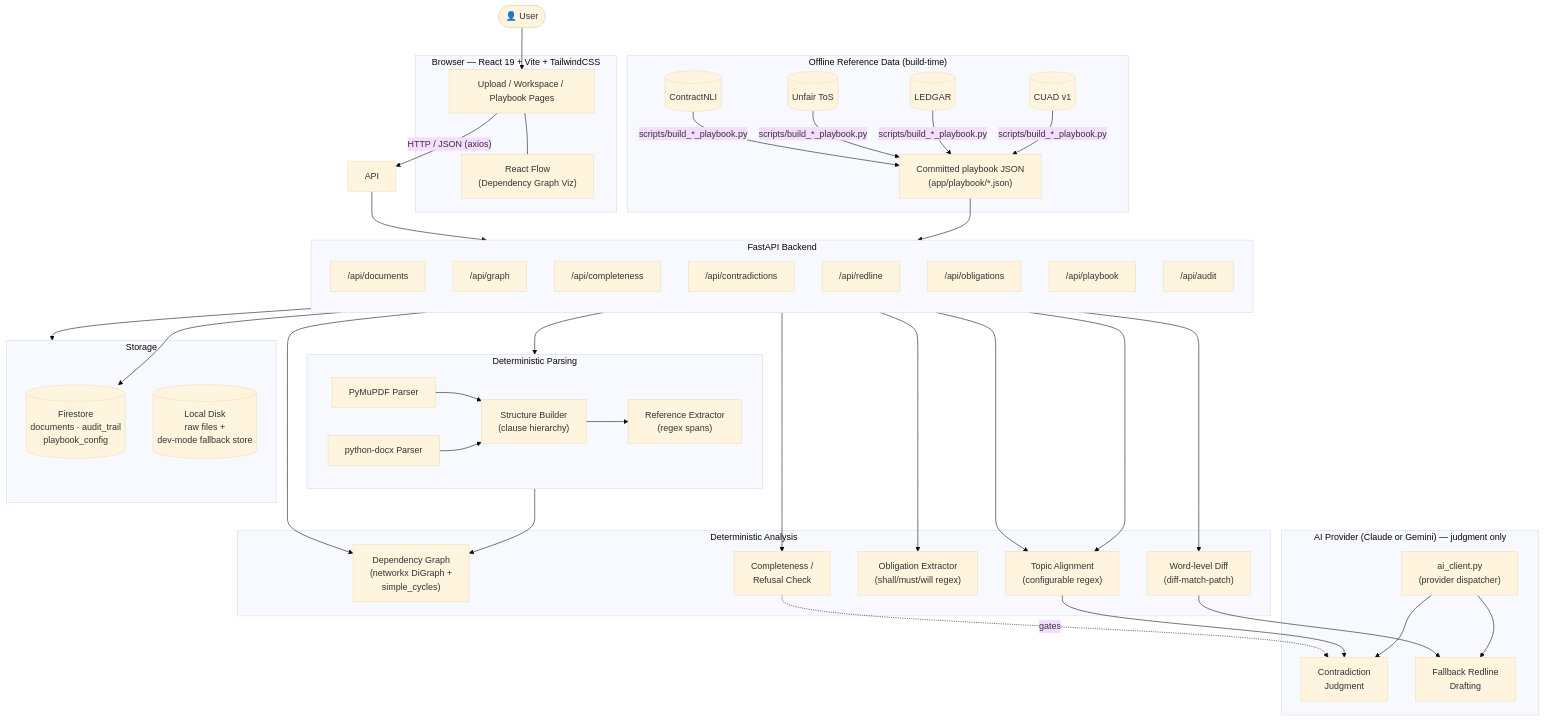
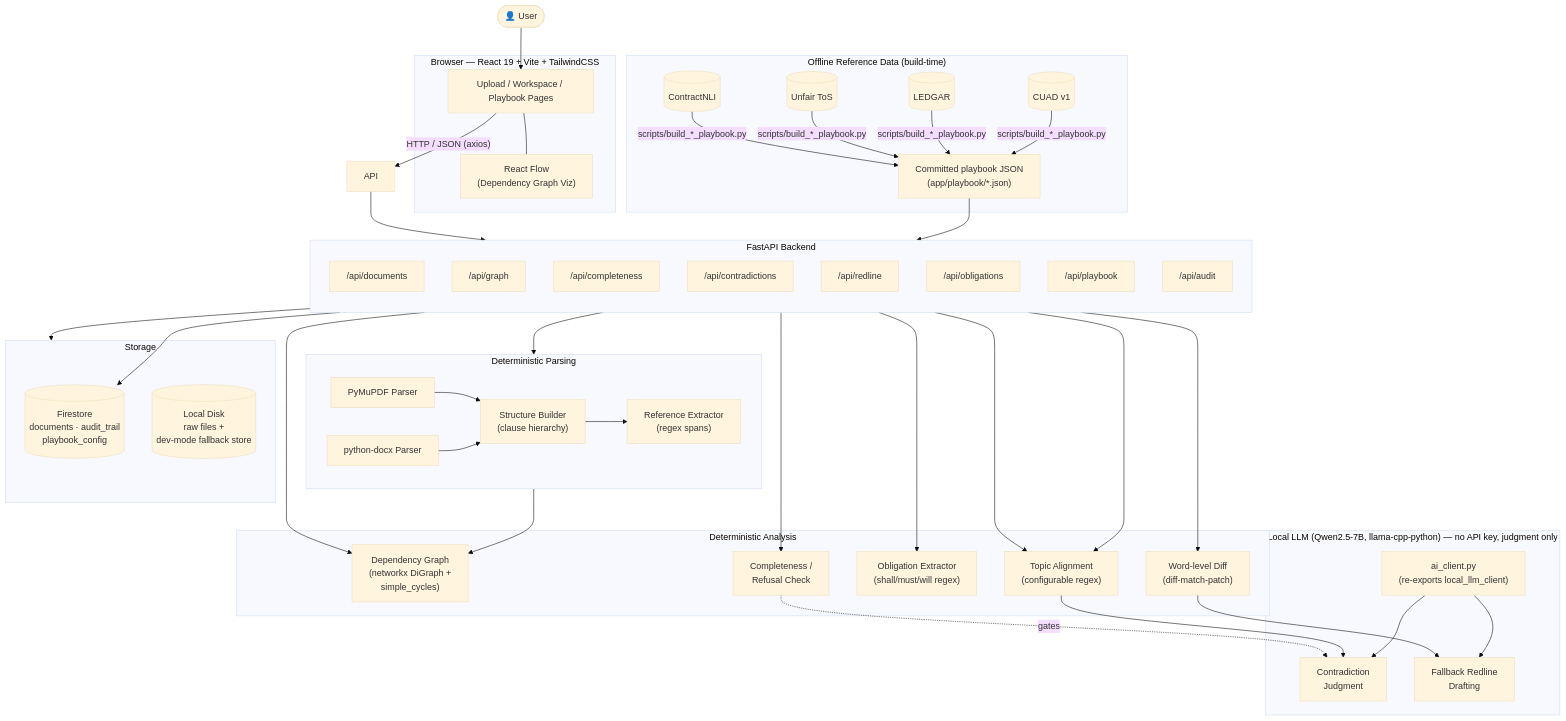
One commit to KL2300030695/LexTwin-AI changed the first of 4 diagrams in README.md. Above: the diagram before and after it, drawn with Mermaid (base theme). The commit also changed other lines of this file and 21 other files, not shown here.

First line of the commit message:
Replace Claude/Gemini with a fully local LLM (Qwen2.5-7B, no API key)

````diff
--- a/README.md
+++ b/README.md
@@ -436,80 +436,80 @@
 ```mermaid
 flowchart TB
     User(["👤 User"]) --> FE
 
     subgraph Client["Browser — React 19 + Vite + TailwindCSS"]
         FE["Upload / Workspace / Playbook Pages"]
         RF["React Flow\n(Dependency Graph Viz)"]
         FE --- RF
     end
 
     FE -->|"HTTP / JSON (axios)"| API
 
     subgraph Backend["FastAPI Backend"]
         direction TB
         R1["/api/documents"]
         R2["/api/graph"]
         R3["/api/completeness"]
         R4["/api/contradictions"]
         R5["/api/redline"]
         R6["/api/obligations"]
         R7["/api/playbook"]
         R8["/api/audit"]
     end
 
     API --> Backend
 
     subgraph Parse["Deterministic Parsing"]
         PDF["PyMuPDF Parser"]
         DOCX["python-docx Parser"]
         STRUCT["Structure Builder\n(clause hierarchy)"]
         REFEX["Reference Extractor\n(regex spans)"]
         PDF --> STRUCT
         DOCX --> STRUCT
         STRUCT --> REFEX
     end
 
     subgraph Analysis["Deterministic Analysis"]
         DG["Dependency Graph\n(networkx DiGraph +\nsimple_cycles)"]
         CHK["Completeness /\nRefusal Check"]
         OBLX["Obligation Extractor\n(shall/must/will regex)"]
         TOPIC["Topic Alignment\n(configurable regex)"]
         DIFF["Word-level Diff\n(diff-match-patch)"]
     end
 
-    subgraph LLM["AI Provider (Claude or Gemini) — judgment only"]
-        DISP["ai_client.py\n(provider dispatcher)"]
+    subgraph LLM["Local LLM (Qwen2.5-7B, llama-cpp-python) — no API key, judgment only"]
+        DISP["ai_client.py\n(re-exports local_llm_client)"]
         CTR["Contradiction\nJudgment"]
         FALL["Fallback Redline\nDrafting"]
         DISP --> CTR
         DISP --> FALL
     end
 
     R1 --> Parse
     Parse --> DG
     R2 --> DG
     R3 --> CHK
     R7 --> TOPIC
     R4 --> TOPIC --> CTR
     CHK -.->|"gates"| CTR
     R5 --> DIFF --> FALL
     R6 --> OBLX
 
     subgraph Storage["Storage"]
         FS[("Firestore\ndocuments · audit_trail\nplaybook_config")]
         LOCAL[("Local Disk\nraw files +\ndev-mode fallback store")]
     end
 
     R1 --> Storage
     R8 --> FS
 
     subgraph RefData["Offline Reference Data (build-time)"]
         CUAD[("CUAD v1")]
         LEDGAR[("LEDGAR")]
         TOS[("Unfair ToS")]
         NLI[("ContractNLI")]
         CUAD & LEDGAR & TOS & NLI -->|"scripts/build_*_playbook.py"| PBJSON["Committed playbook JSON\n(app/playbook/*.json)"]
     end
 
     PBJSON --> R7
 ```
````
